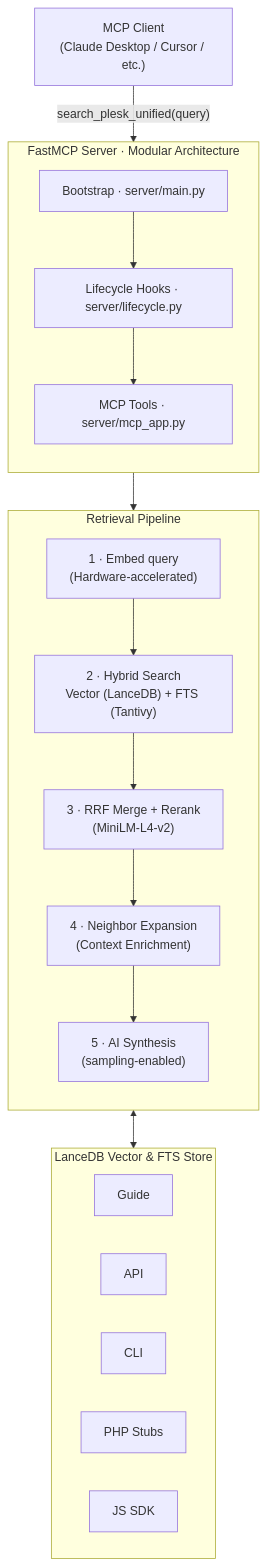
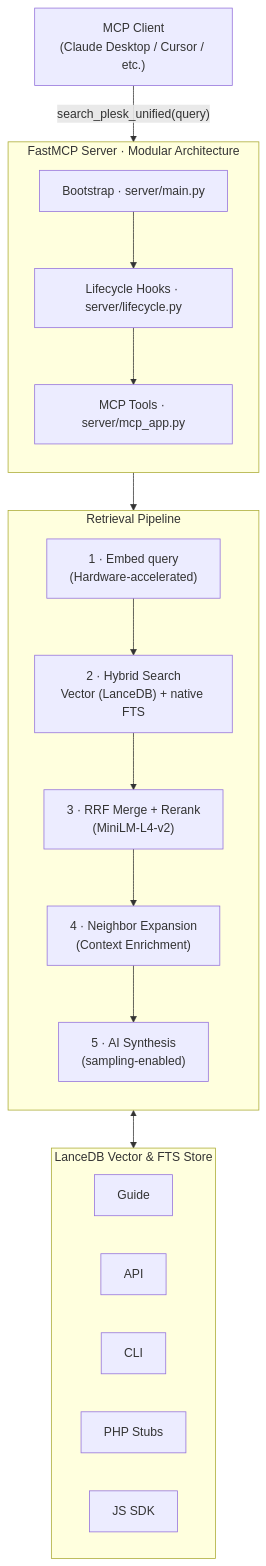
One commit to barateza/mcp-plesk-dev-docs changed the diagram in README.md. Above: the diagram before and after it, drawn with Mermaid. The commit also changed other lines of this file and 5 other files, not shown here.

First line of the commit message:
chore: align docs and CI with native FTS

````diff
--- a/README.md
+++ b/README.md
@@ -30,37 +30,37 @@
 ```mermaid
 flowchart TD
     Client["MCP Client\n(Claude Desktop / Cursor / etc.)"]
 
     Client -->|"search_plesk_unified(query)"| Server
 
     subgraph Server["FastMCP Server · Modular Architecture"]
         direction TB
         Main["Bootstrap · server/main.py"]
         Life["Lifecycle Hooks · server/lifecycle.py"]
         Tools["MCP Tools · server/mcp_app.py"]
 
         Main --> Life --> Tools
     end
 
     subgraph Pipeline["Retrieval Pipeline"]
         direction TB
         E["1 · Embed query\n(Hardware-accelerated)"]
-        S["2 · Hybrid Search\nVector (LanceDB) + FTS (Tantivy)"]
+        S["2 · Hybrid Search\nVector (LanceDB) + native FTS"]
         R["3 · RRF Merge + Rerank\n(MiniLM-L4-v2)"]
         N["4 · Neighbor Expansion\n(Context Enrichment)"]
         A["5 · AI Synthesis\n(sampling-enabled)"]
         E --> S --> R --> N --> A
     end
 
     subgraph Store["LanceDB Vector & FTS Store"]
         direction LR
         G["Guide"]
         A_["API"]
         C["CLI"]
         P["PHP Stubs"]
         J["JS SDK"]
     end
 
     Tools --> Pipeline
     S <--> Store
 ```
````
